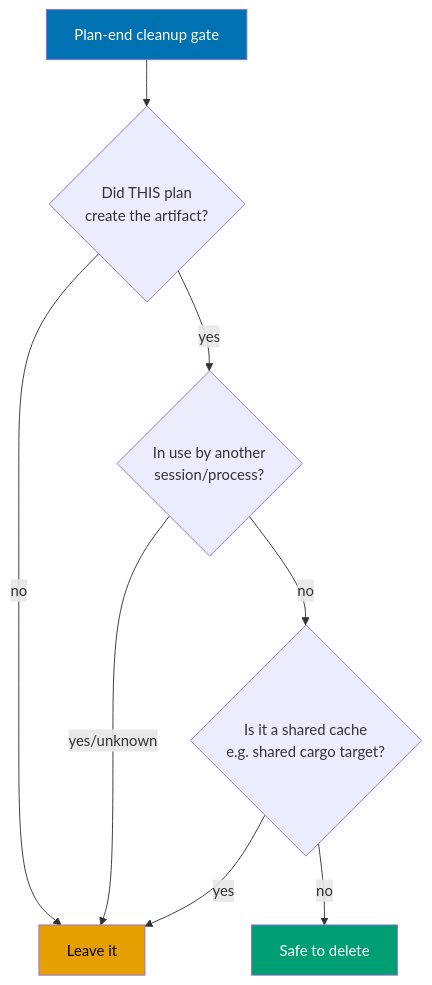
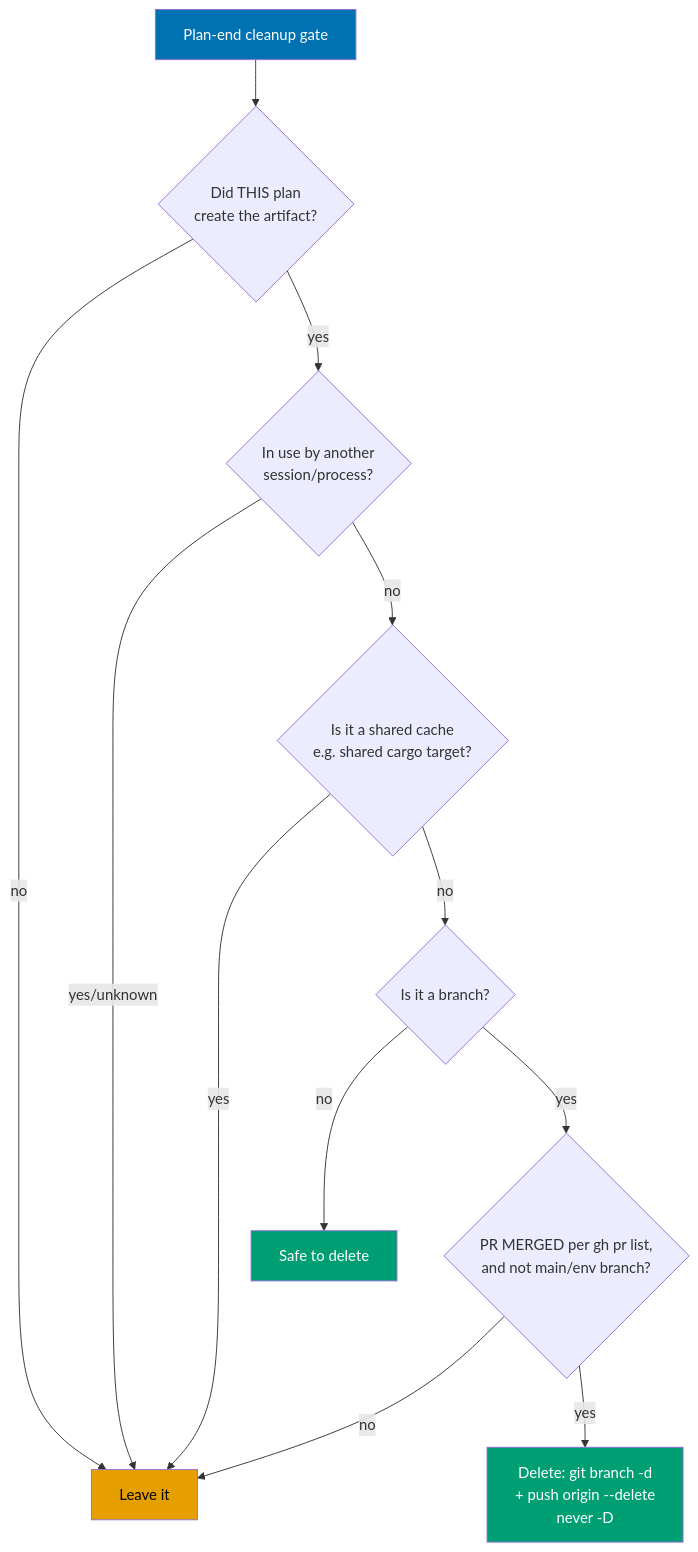
One commit to wahidyankf/baseerah changed the fifth of 6 diagrams in plans/in-progress/parallel-orchestration-shared-machine-governance/tech-docs.md. Above: the diagram before and after it, drawn with Mermaid. The commit also changed other lines of this file and 3 other files, not shown here.

````diff
--- a/plans/in-progress/parallel-orchestration-shared-machine-governance/tech-docs.md
+++ b/plans/in-progress/parallel-orchestration-shared-machine-governance/tech-docs.md
@@ -671,13 +745,17 @@
 ```mermaid
 flowchart TB
   A[Plan-end cleanup gate]:::q --> B{Did THIS plan<br/>create the artifact?}
   B -- no --> LEAVE[Leave it]:::leave
   B -- yes --> C{In use by another<br/>session/process?}
   C -- yes/unknown --> LEAVE
   C -- no --> D{Is it a shared cache<br/>e.g. shared cargo target?}
   D -- yes --> LEAVE
-  D -- no --> DEL[Safe to delete]:::del
+  D -- no --> E{Is it a branch?}
+  E -- no --> DEL[Safe to delete]:::del
+  E -- yes --> F{PR MERGED per gh pr list,<br/>and not main/env branch?}
+  F -- no --> LEAVE
+  F -- yes --> DELB[Delete: git branch -d<br/>+ push origin --delete<br/>never -D]:::del
   classDef q fill:#0072B2,color:#fff
   classDef leave fill:#E69F00,color:#000
   classDef del fill:#009E73,color:#fff
 ```
````
